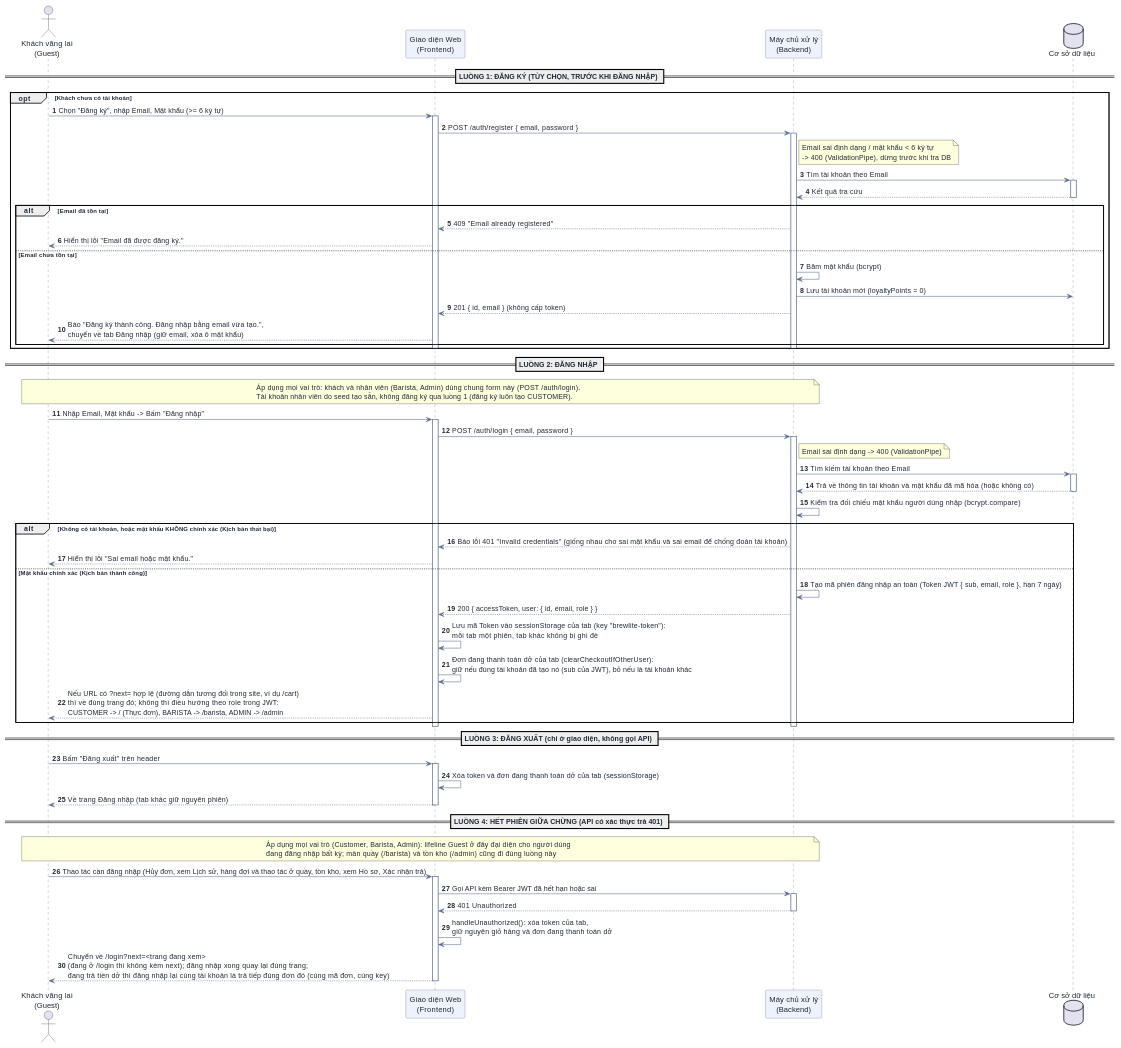
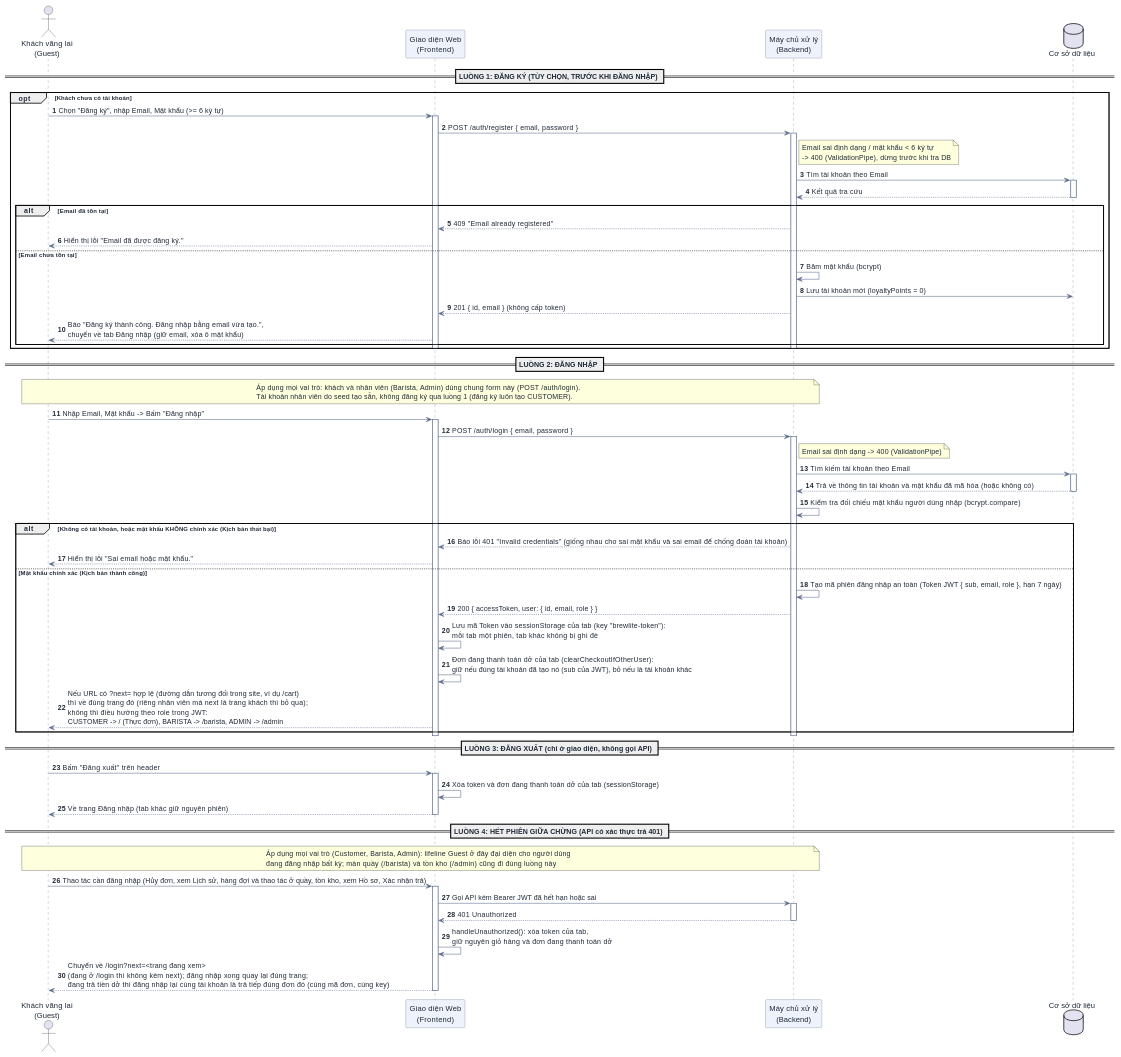
Before and after one commit to DuVinhLoi/BrewLite: the third of 10 diagrams in docs/user-sequence-specifications.md, drawn with PlantUML. The commit also changed other lines of this file and 14 other files, not shown here.

Commit message:
feat: role-scoped UI, staff see only counter/inventory, customer APIs return 403 to staff

```diff
--- a/docs/user-sequence-specifications.md
+++ b/docs/user-sequence-specifications.md
@@ -298,7 +298,7 @@
     BE --> FE : 200 { accessToken, user: { id, email, role } }
     FE -> FE : Lưu mã Token vào sessionStorage của tab (key "brewlite-token"):\nmỗi tab một phiên, tab khác không bị ghi đè
     FE -> FE : Đơn đang thanh toán dở của tab (clearCheckoutIfOtherUser):\ngiữ nếu đúng tài khoản đã tạo nó (sub của JWT), bỏ nếu là tài khoản khác
-    FE --> User : Nếu URL có ?next= hợp lệ (đường dẫn tương đối trong site, ví dụ /cart)\nthì về đúng trang đó; không thì điều hướng theo role trong JWT:\nCUSTOMER -> / (Thực đơn), BARISTA -> /barista, ADMIN -> /admin
+    FE --> User : Nếu URL có ?next= hợp lệ (đường dẫn tương đối trong site, ví dụ /cart)\nthì về đúng trang đó (riêng nhân viên mà next là trang khách thì bỏ qua);\nkhông thì điều hướng theo role trong JWT:\nCUSTOMER -> / (Thực đơn), BARISTA -> /barista, ADMIN -> /admin
 end
 deactivate BE
 deactivate FE
```
